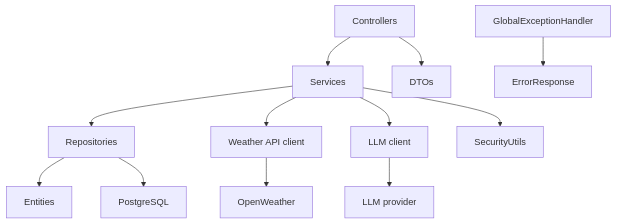
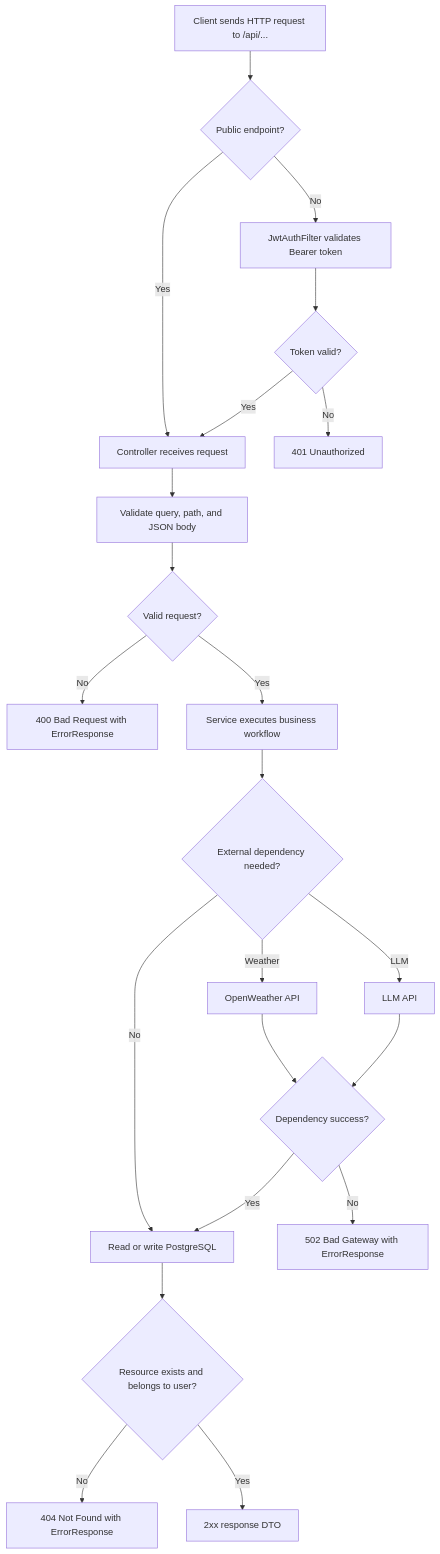
One commit to jowokji/WW_to_Dipl changed the fifth of 5 diagrams in Documentation/api/architecture/overview.md. Above: the diagram before and after it, drawn with Mermaid. The commit also changed other lines of this file and 44 other files, not shown here.

````diff
--- a/Documentation/api/architecture/overview.md
+++ b/Documentation/api/architecture/overview.md
@@ -126,14 +185,28 @@
 ```mermaid
 flowchart TD
-    Controllers["Controllers"] --> Services["Services"]
-    Controllers --> DTOs["DTOs"]
-    Services --> Repositories["Repositories"]
-    Services --> WeatherClient["Weather API client"]
-    Services --> LlmClient["LLM client"]
-    Services --> SecurityUtils["SecurityUtils"]
-    Repositories --> Entities["Entities"]
-    Repositories --> PostgreSQL["PostgreSQL"]
-    WeatherClient --> OpenWeather["OpenWeather"]
-    LlmClient --> ExternalLLM["LLM provider"]
-    Exceptions["GlobalExceptionHandler"] --> ErrorDto["ErrorResponse"]
+    Start["Client sends HTTP request to /api/..."] --> PublicCheck{"Public endpoint?"}
+    PublicCheck -- "Yes" --> Controller["Controller receives request"]
+    PublicCheck -- "No" --> Jwt["JwtAuthFilter validates Bearer token"]
+    Jwt --> JwtValid{"Token valid?"}
+    JwtValid -- "No" --> Unauthorized["401 Unauthorized"]
+    JwtValid -- "Yes" --> Controller
+
+    Controller --> Validate["Validate query, path, and JSON body"]
+    Validate --> ValidRequest{"Valid request?"}
+    ValidRequest -- "No" --> BadRequest["400 Bad Request with ErrorResponse"]
+    ValidRequest -- "Yes" --> Service["Service executes business workflow"]
+
+    Service --> External{"External dependency needed?"}
+    External -- "Weather" --> OpenWeather["OpenWeather API"]
+    External -- "LLM" --> LLM["LLM API"]
+    External -- "No" --> Persistence["Read or write PostgreSQL"]
+
+    OpenWeather --> DependencyOk{"Dependency success?"}
+    LLM --> DependencyOk
+    DependencyOk -- "No" --> BadGateway["502 Bad Gateway with ErrorResponse"]
+    DependencyOk -- "Yes" --> Persistence
+
+    Persistence --> ResourceCheck{"Resource exists and belongs to user?"}
+    ResourceCheck -- "No" --> NotFound["404 Not Found with ErrorResponse"]
+    ResourceCheck -- "Yes" --> Success["2xx response DTO"]
 ```
````
